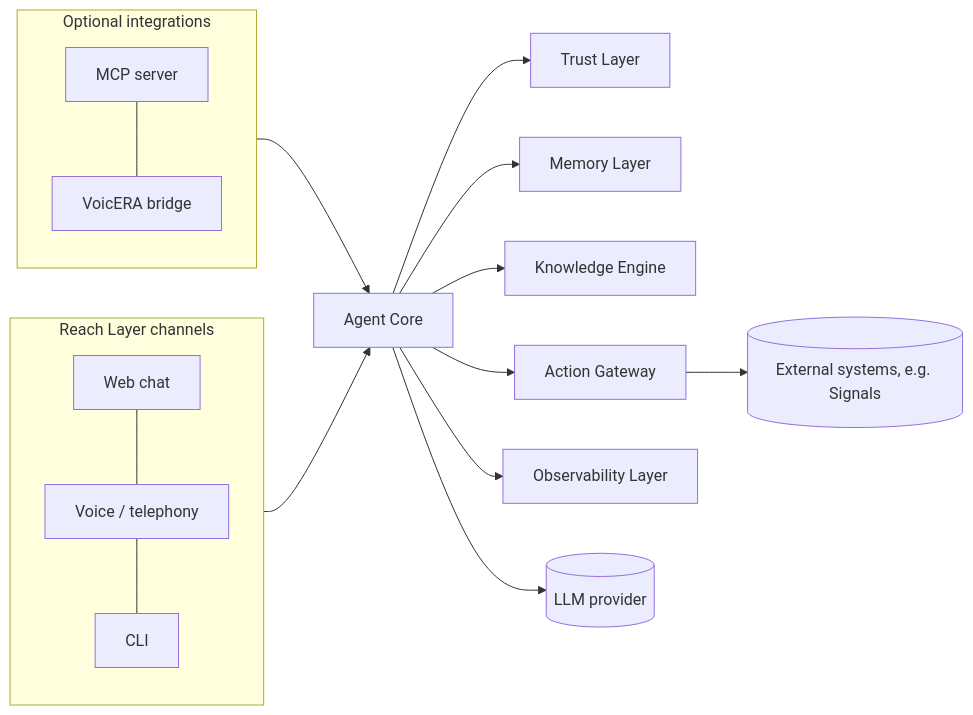
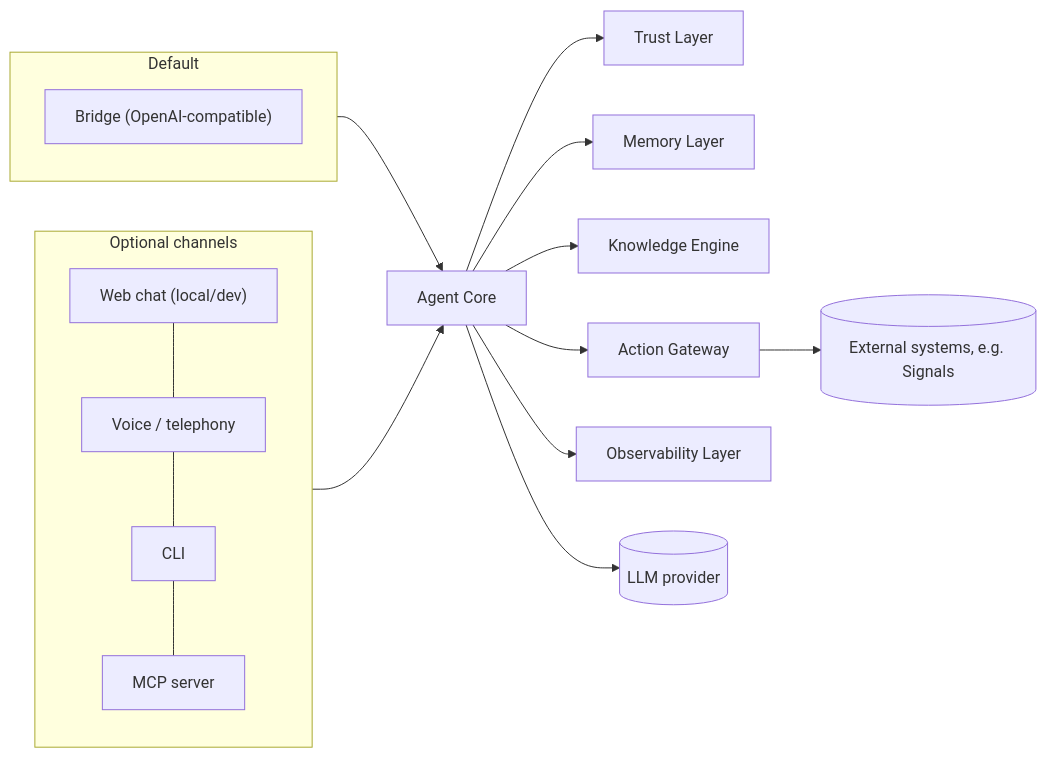
Before and after one commit to Blue-Dots-Economy/bluedots-docs: the first of 2 diagrams in src/content/docs/core-concepts/architecture/ai-diffusion-dpg.md, drawn with Mermaid. The commit also changed other lines of this file and 5 other files, not shown here.

First line of the commit message:
docs(ai-diffusion): bridge is the default channel; optional channels get their own page

```diff
--- a/src/content/docs/core-concepts/architecture/ai-diffusion-dpg.md
+++ b/src/content/docs/core-concepts/architecture/ai-diffusion-dpg.md
@@ -26,18 +26,18 @@
 <pre class="mermaid">
 flowchart LR
-  subgraph Channels["Reach Layer channels"]
-    W[Web chat] --- V[Voice / telephony] --- C[CLI]
+  subgraph Default["Default"]
+    B["Bridge (OpenAI-compatible)"]
   end
-  subgraph Optional["Optional integrations"]
-    M[MCP server] --- B[VoicERA bridge]
+  subgraph Optional["Optional channels"]
+    W["Web chat (local/dev)"] --- V[Voice / telephony] --- C[CLI] --- M[MCP server]
   end
+  Default --> AC[Agent Core]
   Optional --> AC
-  Channels --> AC[Agent Core]
   AC --> TL[Trust Layer]
   AC --> ML[Memory Layer]
   AC --> KE[Knowledge Engine]
   AC --> AG[Action Gateway]
   AC --> OL[Observability Layer]
   AC --> LLM[(LLM provider)]
   AG --> EXT[(External systems, e.g. Signals)]
 </pre>
```
